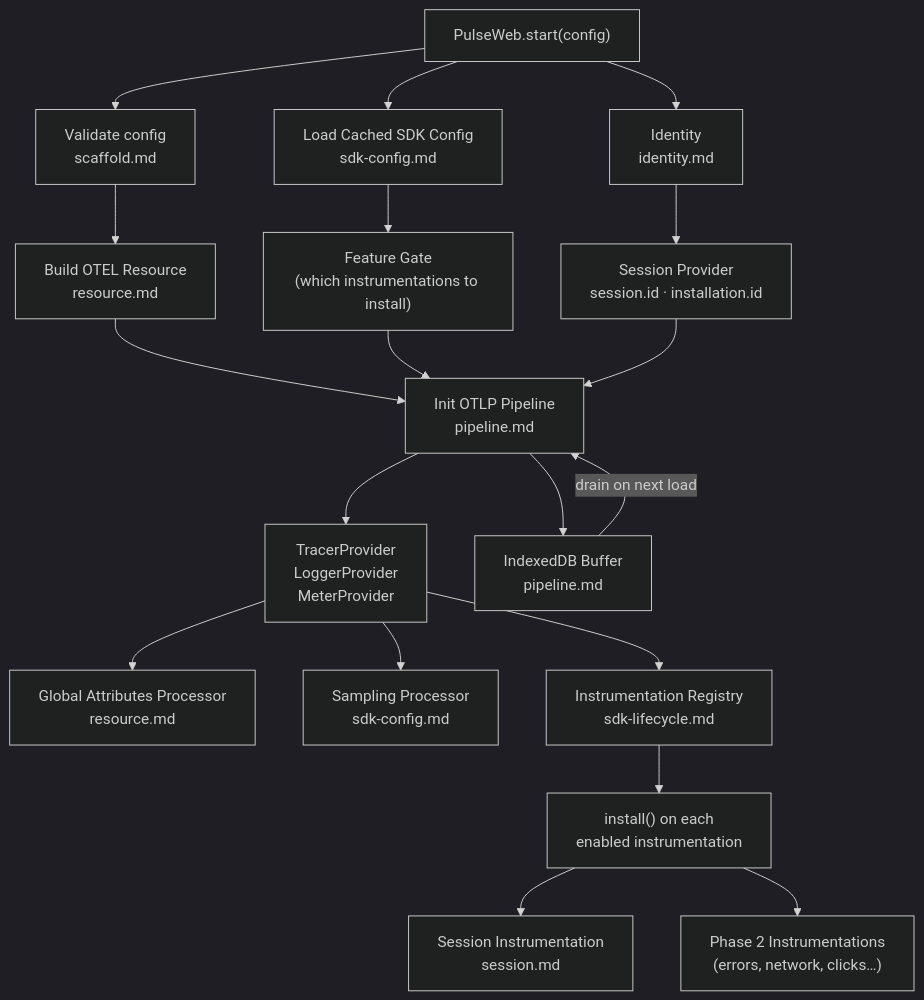
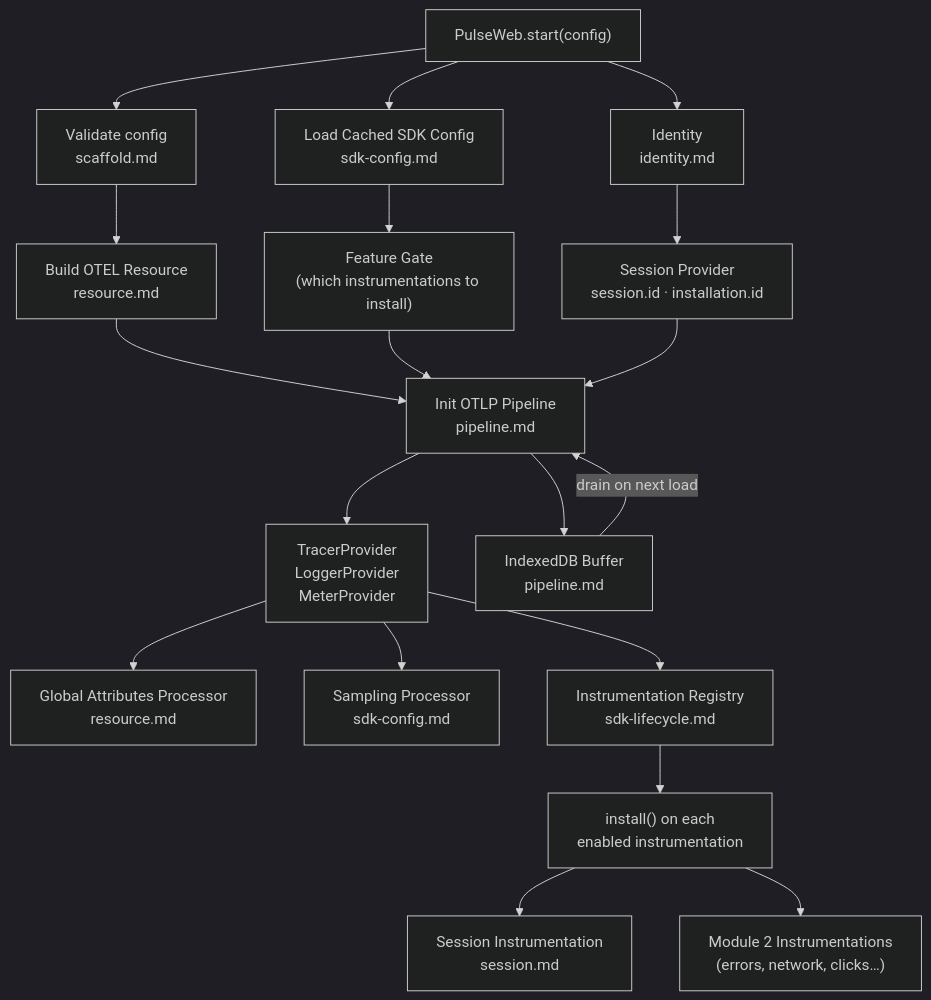
The diagram in web-sdk-plan/v1/01-foundation/flow-summary.md (dream-horizon-org/pulse), drawn with Mermaid (dark theme) before and after one commit. The commit also changed 9 other files, not shown here.

````diff
--- a/web-sdk-plan/v1/01-foundation/flow-summary.md
+++ b/web-sdk-plan/v1/01-foundation/flow-summary.md
@@ -9,28 +9,28 @@
 ```mermaid
 flowchart TD
     A["PulseWeb.start(config)"] --> B["Validate config\nscaffold.md"]
     A --> C["Load Cached SDK Config\nsdk-config.md"]
     A --> D["Identity\nidentity.md"]
 
     B --> E["Build OTEL Resource\nresource.md"]
     C --> F["Feature Gate\n(which instrumentations to install)"]
     D --> G["Session Provider\nsession.id · installation.id"]
 
     E --> H["Init OTLP Pipeline\npipeline.md"]
     F --> H
     G --> H
 
     H --> I["TracerProvider\nLoggerProvider\nMeterProvider"]
 
     I --> J["Global Attributes Processor\nresource.md"]
     I --> K["Sampling Processor\nsdk-config.md"]
 
     I --> L["Instrumentation Registry\nsdk-lifecycle.md"]
     L --> M["install() on each\nenabled instrumentation"]
 
     M --> N["Session Instrumentation\nsession.md"]
-    M --> O["Phase 2 Instrumentations\n(errors, network, clicks…)"]
+    M --> O["Module 2 Instrumentations\n(errors, network, clicks…)"]
 
     H --> P["IndexedDB Buffer\npipeline.md"]
     P -->|"drain on next load"| H
 ```
````
